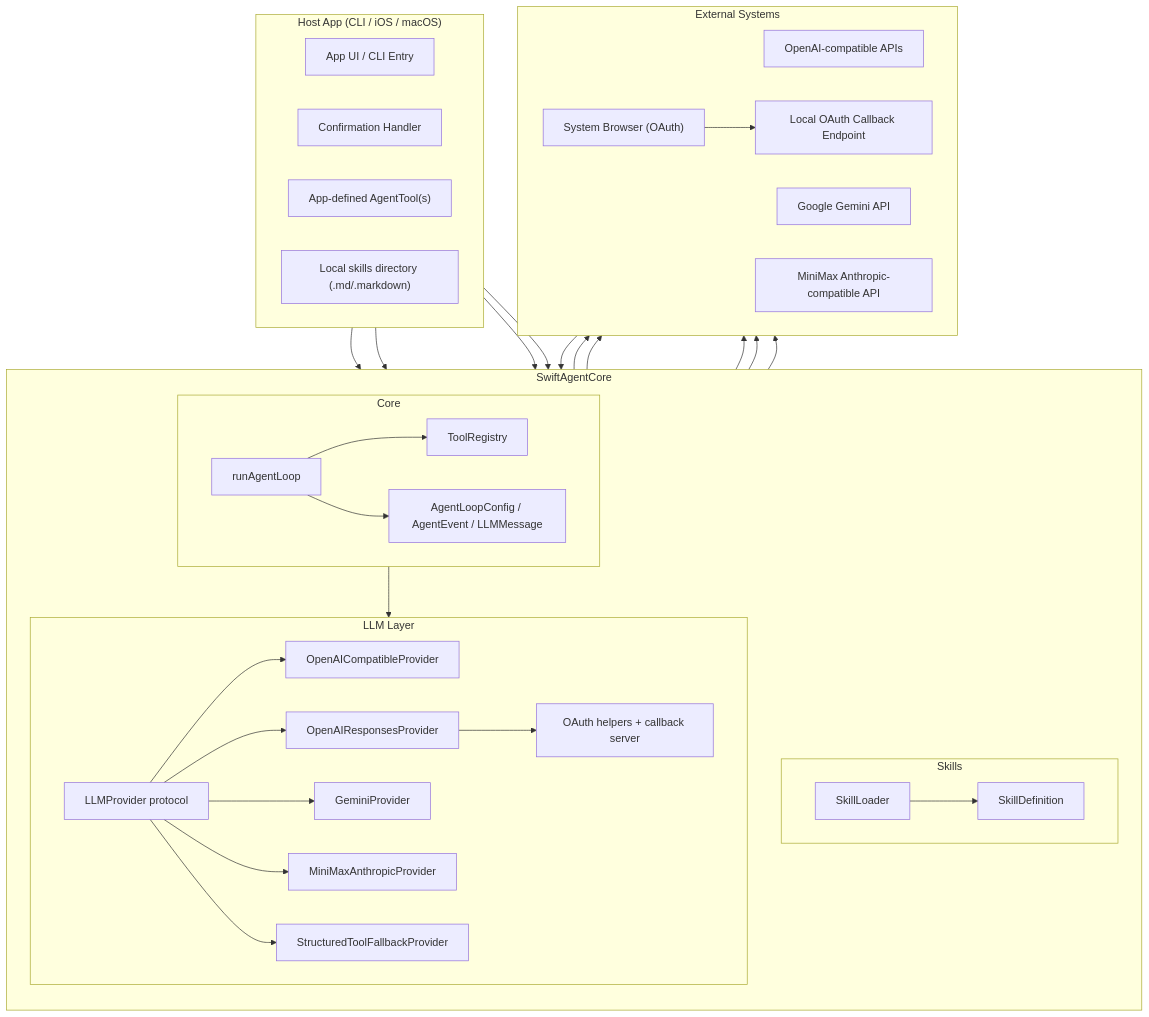
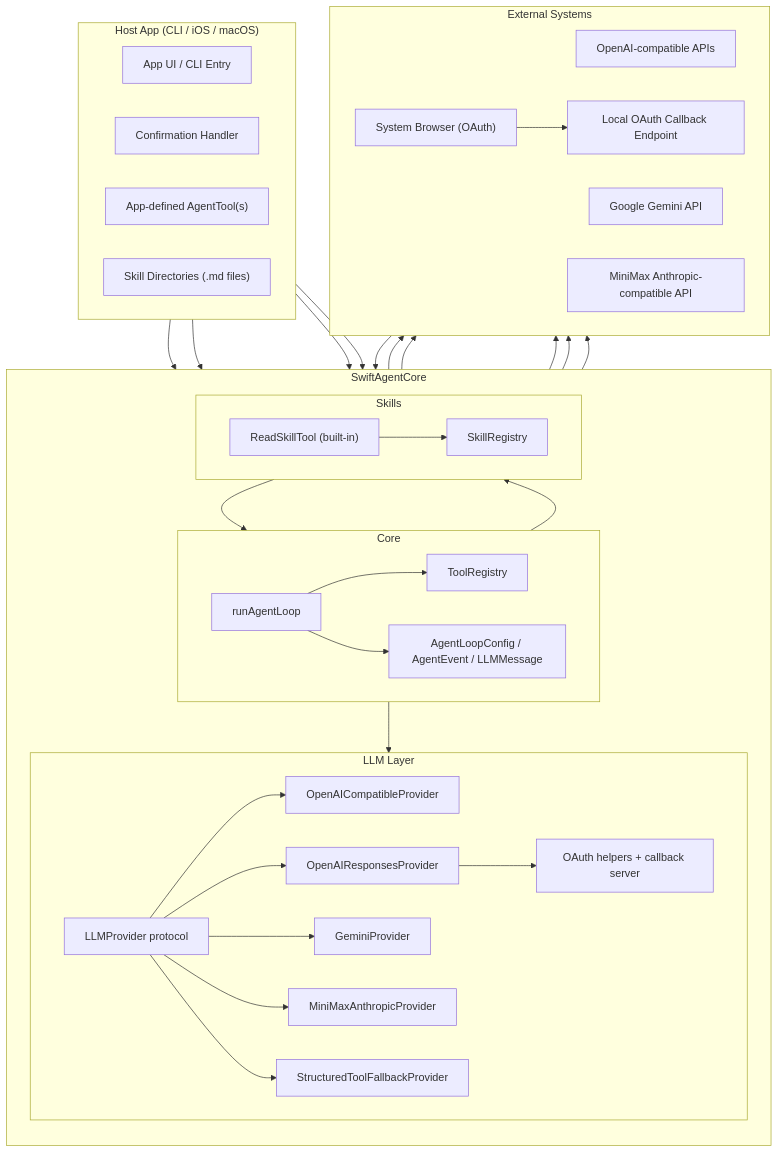
One commit to jc18aguilar/SwiftAgentCore changed the diagram in README.md. Above: the diagram before and after it, drawn with Mermaid. The commit also changed other lines of this file and 8 other files, not shown here.

Commit message:
Release 1.3.0: add core skill registry and read_skill tool

````diff
--- a/README.md
+++ b/README.md
@@ -110,70 +110,73 @@
 ```mermaid
 flowchart TB
     subgraph HostApp["Host App (CLI / iOS / macOS)"]
         direction LR
         UI["App UI / CLI Entry"]
         Confirm["Confirmation Handler"]
         AppTools["App-defined AgentTool(s)"]
-        SkillDir["Local skills directory (.md/.markdown)"]
+        SkillDirs["Skill Directories (.md files)"]
     end
 
     subgraph SwiftAgentCore["SwiftAgentCore"]
         direction TB
 
         subgraph Core["Core"]
             direction LR
             Loop["runAgentLoop"]
             Registry["ToolRegistry"]
             Types["AgentLoopConfig / AgentEvent / LLMMessage"]
         end
 
         subgraph Skills["Skills"]
             direction LR
-            Loader["SkillLoader"]
-            Defs["SkillDefinition"]
+            SReg["SkillRegistry"]
+            RST["ReadSkillTool (built-in)"]
         end
 
         subgraph LLM["LLM Layer"]
             direction LR
             Proto["LLMProvider protocol"]
             OAI["OpenAICompatibleProvider"]
             Resp["OpenAIResponsesProvider"]
             Gem["GeminiProvider"]
             Mini["MiniMaxAnthropicProvider"]
             Fallback["StructuredToolFallbackProvider"]
             OAuth["OAuth helpers + callback server"]
         end
     end
 
     subgraph External["External Systems"]
         direction LR
         OpenAI["OpenAI-compatible APIs"]
         GeminiAPI["Google Gemini API"]
         MiniMaxAPI["MiniMax Anthropic-compatible API"]
         Browser["System Browser (OAuth)"]
         Callback["Local OAuth Callback Endpoint"]
     end
 
     UI --> Loop
     Confirm --> Loop
     AppTools --> Registry
-    SkillDir --> Loader --> Defs
+    SkillDirs --> SReg
+    SReg --> Loop
+    Loop --> RST
+    RST --> SReg
 
     Loop --> Registry
     Loop --> Types
     Loop --> Proto
     Proto --> OAI
     Proto --> Resp
     Proto --> Gem
     Proto --> Mini
     Proto --> Fallback
     Resp --> OAuth
 
     OAI --> OpenAI
     Resp --> OpenAI
     Gem --> GeminiAPI
     Mini --> MiniMaxAPI
     OAuth --> Browser
     Browser --> Callback
     Callback --> OAuth
 ```
````
